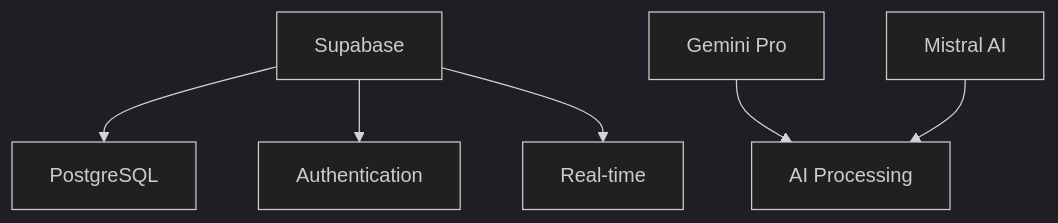
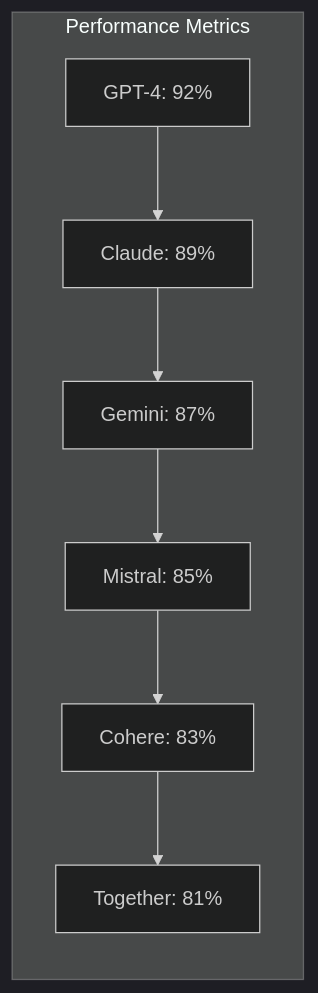
Before and after one commit to Xenonesis/Juris.AI: the second of 2 diagrams in README.md, drawn with Mermaid (dark theme). The commit also changed other lines of this file and 42 other files, not shown here.

````diff
--- a/README.md
+++ b/README.md
@@ -149,8 +250,10 @@
 ```mermaid
-graph TD
-    A[Supabase] --> B[PostgreSQL]
-    A --> C[Authentication]
-    A --> D[Real-time]
-    E[Gemini Pro] --> F[AI Processing]
-    G[Mistral AI] --> F
+graph LR
+    subgraph "Performance Metrics"
+        A[GPT-4: 92%] --> B[Claude: 89%]
+        B --> C[Gemini: 87%]
+        C --> D[Mistral: 85%]
+        D --> E[Cohere: 83%]
+        E --> F[Together: 81%]
+    end
 ```
````
